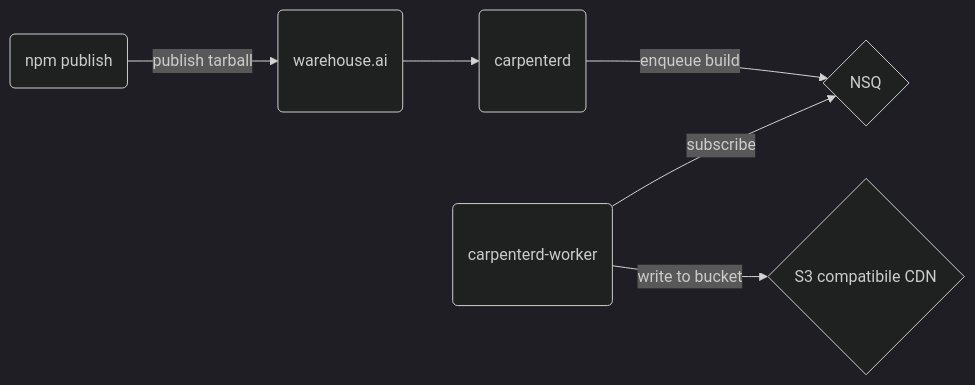
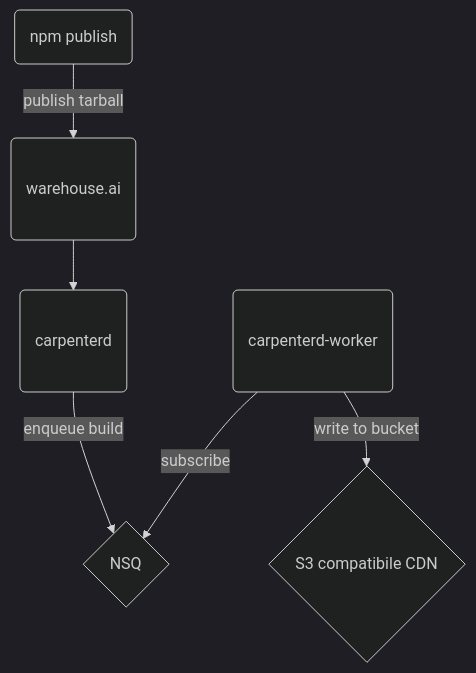
The diagram in assets/diagrams/warehouse.mmd (godaddy/warehouse.ai), drawn with Mermaid (dark theme) before and after one commit.

Commit message:
[doc] Use graph TD.

```diff
--- a/assets/diagrams/warehouse.mmd
+++ b/assets/diagrams/warehouse.mmd
@@ -1,6 +1,6 @@
-graph LR
-A(npm publish) -->|publish tarball| B(<br>warehouse.ai<br><br>)
-B --> C(<br>carpenterd<br><br>)
+graph TD
 C -->|enqueue build|D{NSQ}
 E(<br>carpenterd-worker<br><br>) --> |subscribe| D
+B --> C(<br>carpenterd<br><br>)
+A(npm publish) -->|publish tarball| B(<br>warehouse.ai<br><br>)
 E --> |write to bucket| F{S3 compatibile CDN}
```
